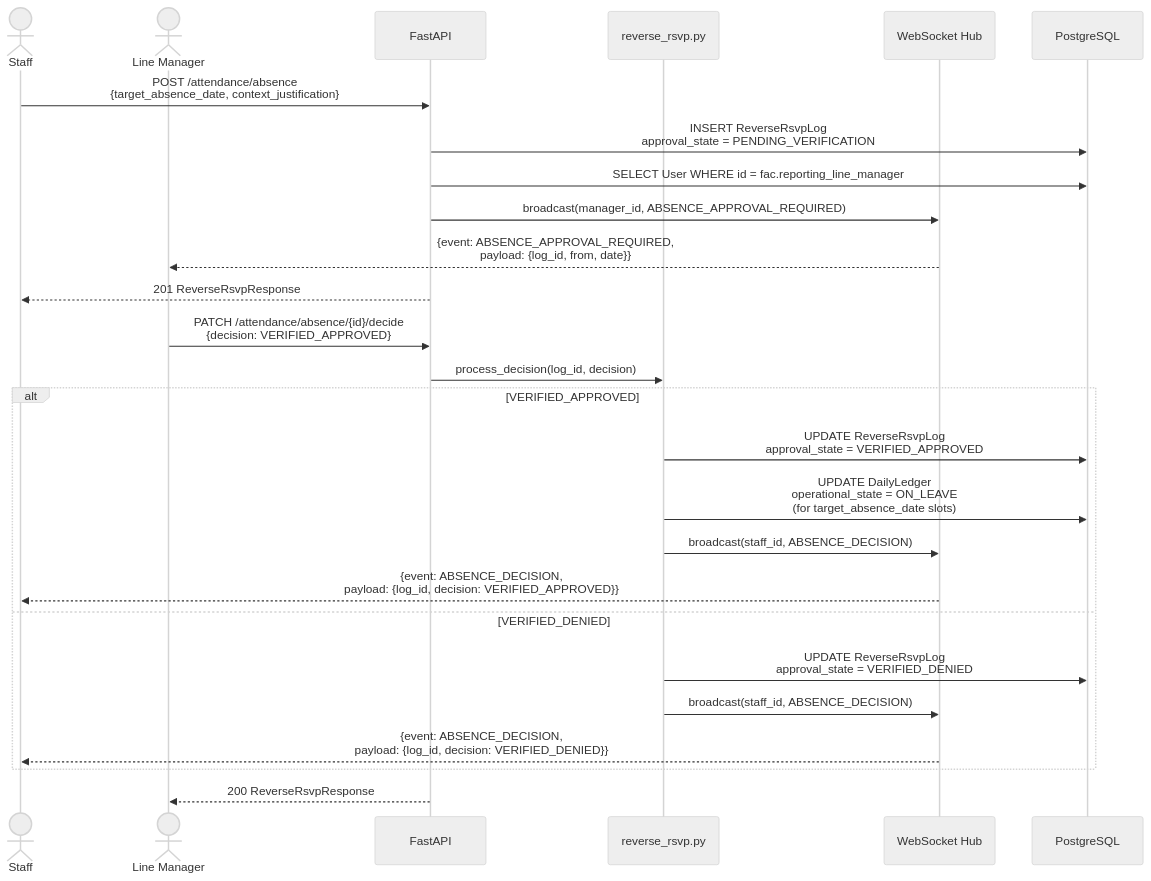
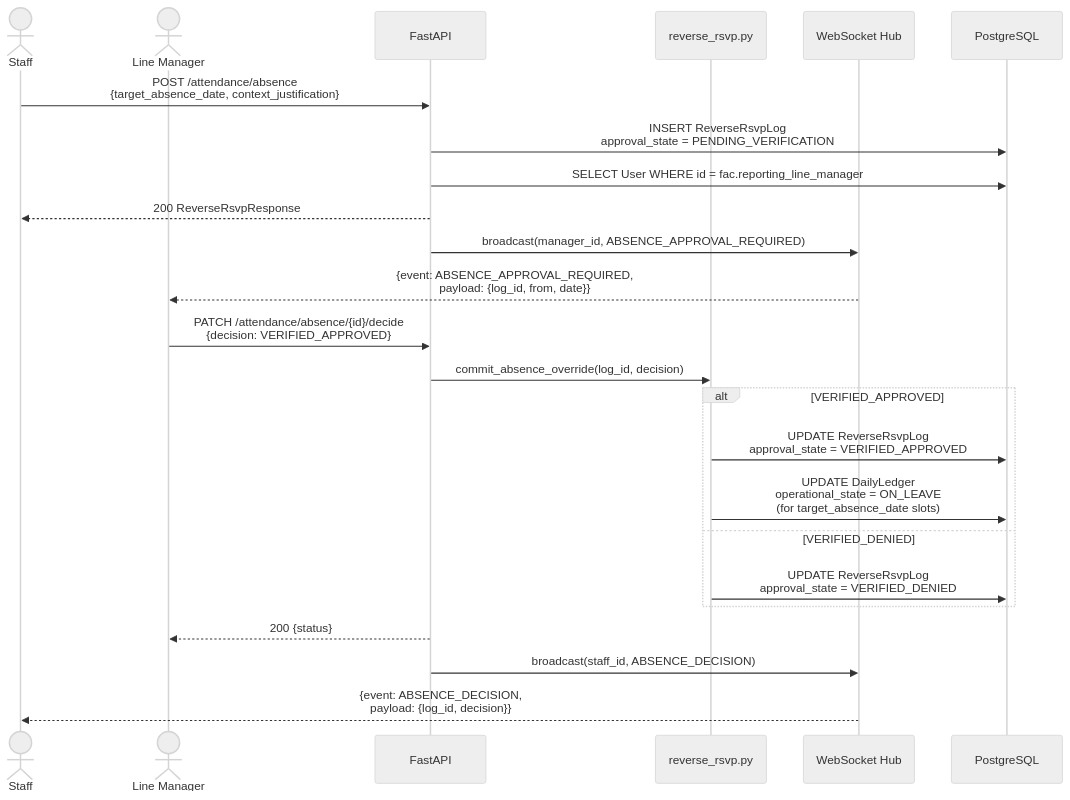
The second of 4 diagrams in docs/flows.md (Life-Experimentalist/Chronos-Ledger), drawn with Mermaid (neutral theme) before and after one commit. The commit also changed other lines of this file and 6 other files, not shown here.

````diff
--- a/docs/flows.md
+++ b/docs/flows.md
@@ -56,32 +56,30 @@
 ```mermaid
 sequenceDiagram
     actor Fac as Staff
     actor Mgr as Line Manager
     participant API as FastAPI
     participant RSVP as reverse_rsvp.py
     participant WS as WebSocket Hub
     participant DB as PostgreSQL
 
     Fac->>API: POST /attendance/absence<br/>{target_absence_date, context_justification}
     API->>DB: INSERT ReverseRsvpLog<br/>approval_state = PENDING_VERIFICATION
     API->>DB: SELECT User WHERE id = fac.reporting_line_manager
+    API-->>Fac: 200 ReverseRsvpResponse
     API->>WS: broadcast(manager_id, ABSENCE_APPROVAL_REQUIRED)
     WS-->>Mgr: {event: ABSENCE_APPROVAL_REQUIRED,<br/>payload: {log_id, from, date}}
-    API-->>Fac: 201 ReverseRsvpResponse
 
     Mgr->>API: PATCH /attendance/absence/{id}/decide<br/>{decision: VERIFIED_APPROVED}
-    API->>RSVP: process_decision(log_id, decision)
+    API->>RSVP: commit_absence_override(log_id, decision)
 
     alt VERIFIED_APPROVED
         RSVP->>DB: UPDATE ReverseRsvpLog<br/>approval_state = VERIFIED_APPROVED
         RSVP->>DB: UPDATE DailyLedger<br/>operational_state = ON_LEAVE<br/>(for target_absence_date slots)
-        RSVP->>WS: broadcast(staff_id, ABSENCE_DECISION)
-        WS-->>Fac: {event: ABSENCE_DECISION,<br/>payload: {log_id, decision: VERIFIED_APPROVED}}
     else VERIFIED_DENIED
         RSVP->>DB: UPDATE ReverseRsvpLog<br/>approval_state = VERIFIED_DENIED
-        RSVP->>WS: broadcast(staff_id, ABSENCE_DECISION)
-        WS-->>Fac: {event: ABSENCE_DECISION,<br/>payload: {log_id, decision: VERIFIED_DENIED}}
     end
 
-    API-->>Mgr: 200 ReverseRsvpResponse
+    API-->>Mgr: 200 {status}
+    API->>WS: broadcast(staff_id, ABSENCE_DECISION)
+    WS-->>Fac: {event: ABSENCE_DECISION,<br/>payload: {log_id, decision}}
 ```
````
